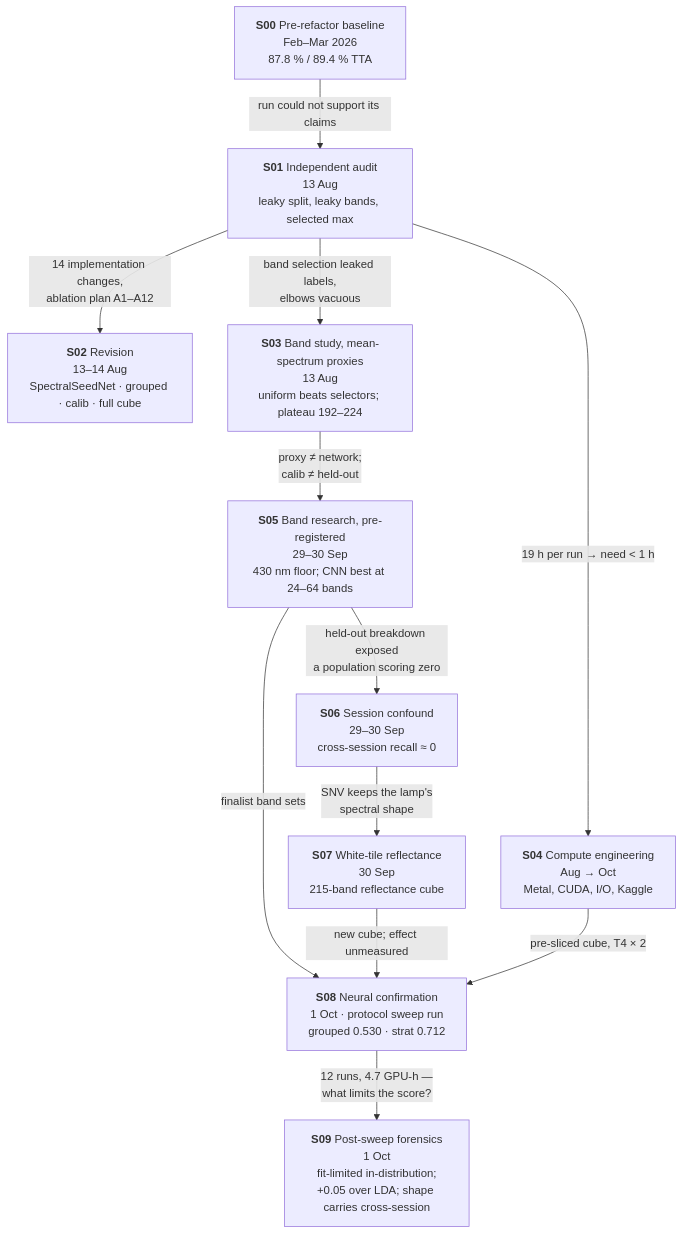
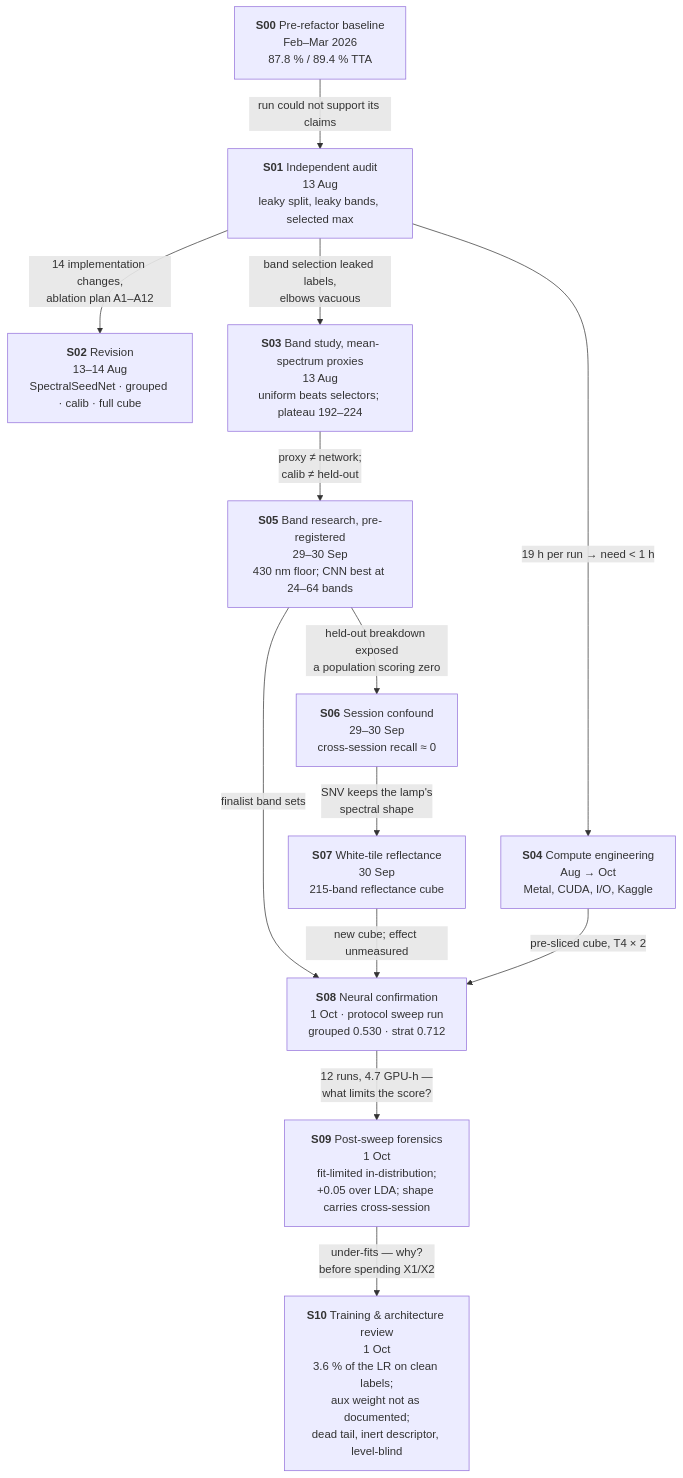
The diagram in docs/research/TIMELINE.md (Jerlshin/HyperSpectral_Seeds), drawn with Mermaid before and after one commit. The commit also changed other lines of this file and 96 other files, not shown here.

````diff
--- a/docs/research/TIMELINE.md
+++ b/docs/research/TIMELINE.md
@@ -7,24 +7,26 @@
 ```mermaid
 flowchart TD
     S00["<b>S00</b> Pre-refactor baseline<br/>Feb–Mar 2026<br/>87.8 % / 89.4 % TTA"]
     S01["<b>S01</b> Independent audit<br/>13 Aug<br/>leaky split, leaky bands, selected max"]
     S02["<b>S02</b> Revision<br/>13–14 Aug<br/>SpectralSeedNet · grouped · calib · full cube"]
     S03["<b>S03</b> Band study, mean-spectrum proxies<br/>13 Aug<br/>uniform beats selectors; plateau 192–224"]
     S04["<b>S04</b> Compute engineering<br/>Aug → Oct<br/>Metal, CUDA, I/O, Kaggle"]
     S05["<b>S05</b> Band research, pre-registered<br/>29–30 Sep<br/>430 nm floor; CNN best at 24–64 bands"]
     S06["<b>S06</b> Session confound<br/>29–30 Sep<br/>cross-session recall ≈ 0"]
     S07["<b>S07</b> White-tile reflectance<br/>30 Sep<br/>215-band reflectance cube"]
     S08["<b>S08</b> Neural confirmation<br/>1 Oct · protocol sweep run<br/>grouped 0.530 · strat 0.712"]
     S09["<b>S09</b> Post-sweep forensics<br/>1 Oct<br/>fit-limited in-distribution;<br/>+0.05 over LDA; shape carries cross-session"]
+    S10["<b>S10</b> Training & architecture review<br/>1 Oct<br/>3.6 % of the LR on clean labels;<br/>aux weight not as documented;<br/>dead tail, inert descriptor, level-blind"]
     S00 -->|"run could not support its claims"| S01
     S01 -->|"14 implementation changes,<br/>ablation plan A1–A12"| S02
     S01 -->|"band selection leaked labels,<br/>elbows vacuous"| S03
     S01 -->|"19 h per run → need &lt; 1 h"| S04
     S03 -->|"proxy ≠ network;<br/>calib ≠ held-out"| S05
     S05 -->|"held-out breakdown exposed<br/>a population scoring zero"| S06
     S06 -->|"SNV keeps the lamp's<br/>spectral shape"| S07
     S05 -->|"finalist band sets"| S08
     S07 -->|"new cube; effect unmeasured"| S08
     S04 -->|"pre-sliced cube, T4 × 2"| S08
     S08 -->|"12 runs, 4.7 GPU-h —<br/>what limits the score?"| S09
+    S09 -->|"under-fits — why?<br/>before spending X1/X2"| S10
 ```
````
